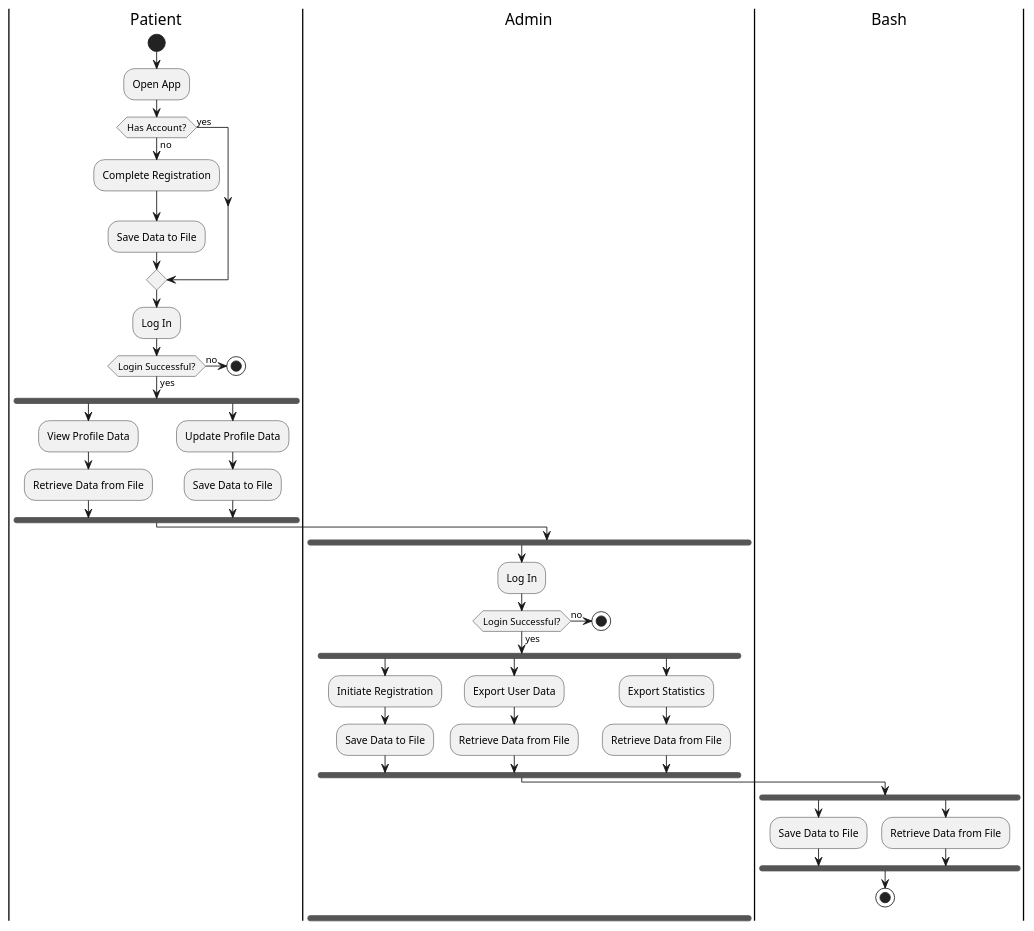
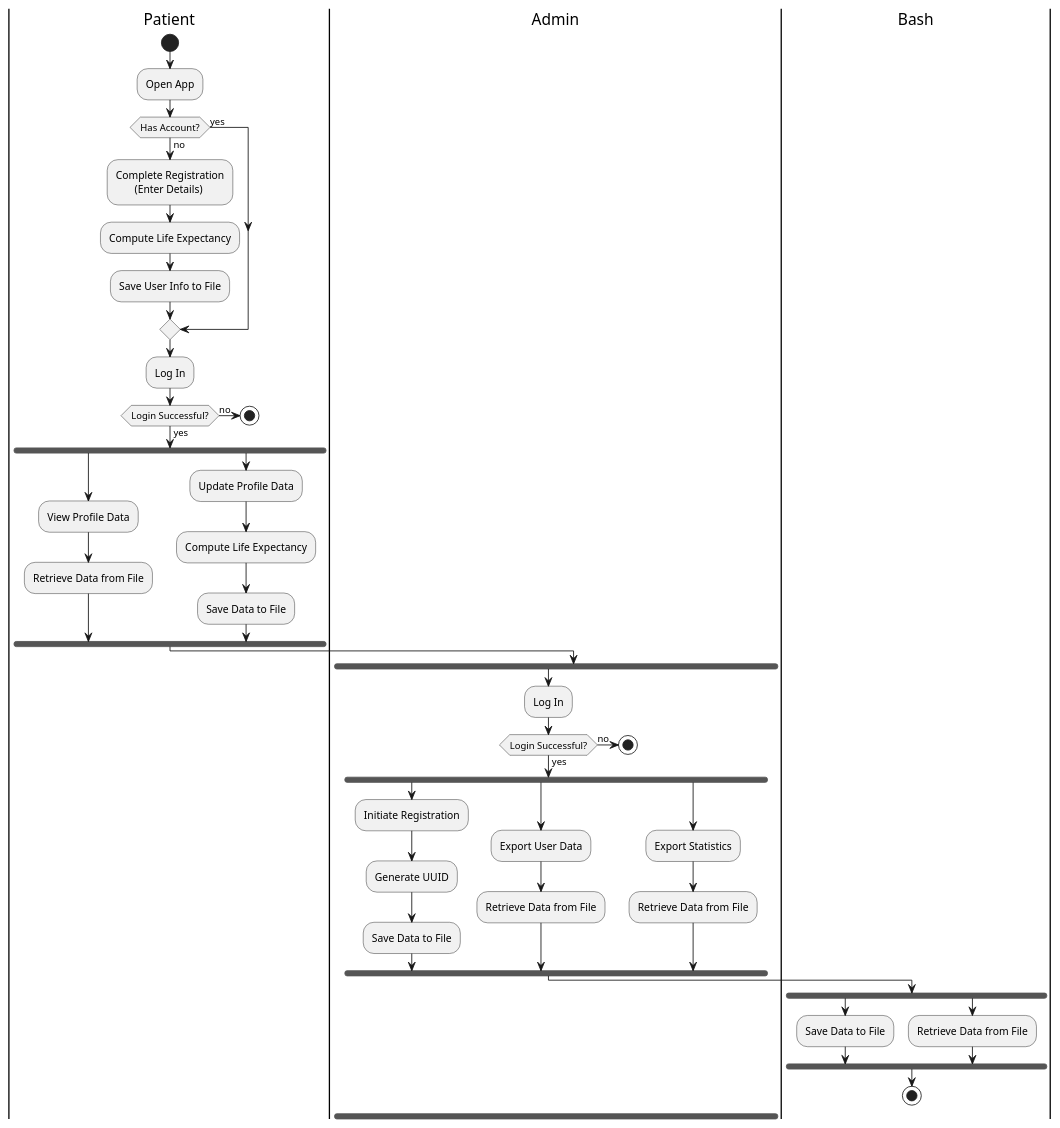
One commit to Blaiseniyo/life-span-prognosis-system changed the diagram in activityDiagrams.plantuml. Above: the diagram before and after it, drawn with PlantUML. The commit also changed 2 other files, not shown here.

Commit message:
final useCase Diagram

```diff
--- a/activityDiagrams.plantuml
+++ b/activityDiagrams.plantuml
@@ -2,52 +2,56 @@
 @startuml Life Prognosis App - Activity Diagram
 
 |Patient|
 start
 :Open App;
 if (Has Account?) then (no)
-  :Complete Registration;
-  :Save Data to File;
+  :Complete Registration
+         (Enter Details);
+   :Compute Life Expectancy;
+  :Save User Info to File;
 else (yes)
 endif
 :Log In;
 
 if (Login Successful?) then (yes)
   fork
     :View Profile Data;
     :Retrieve Data from File;
   fork again
     :Update Profile Data;
+    :Compute Life Expectancy;
     :Save Data to File;
   end fork
 else (no)
   stop
 endif
 
 |Admin|
 fork
 :Log In;
 if (Login Successful?) then (yes)
   fork
     :Initiate Registration;
+    :Generate UUID;
     :Save Data to File;
   fork again
     :Export User Data;
     :Retrieve Data from File;
   fork again
     :Export Statistics;
     :Retrieve Data from File;
   end fork
 else (no)
   stop
 endif
 
 |Bash|
 fork
 :Save Data to File;
 fork again
 :Retrieve Data from File;
 end fork
 
 stop
 
 @enduml
```
